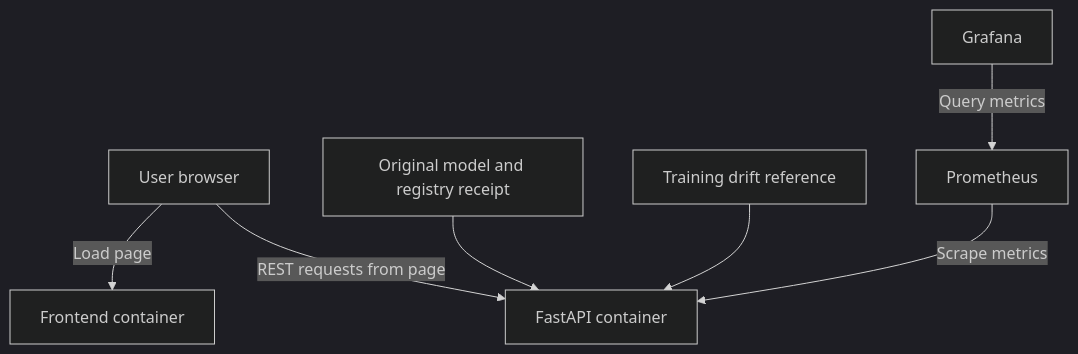
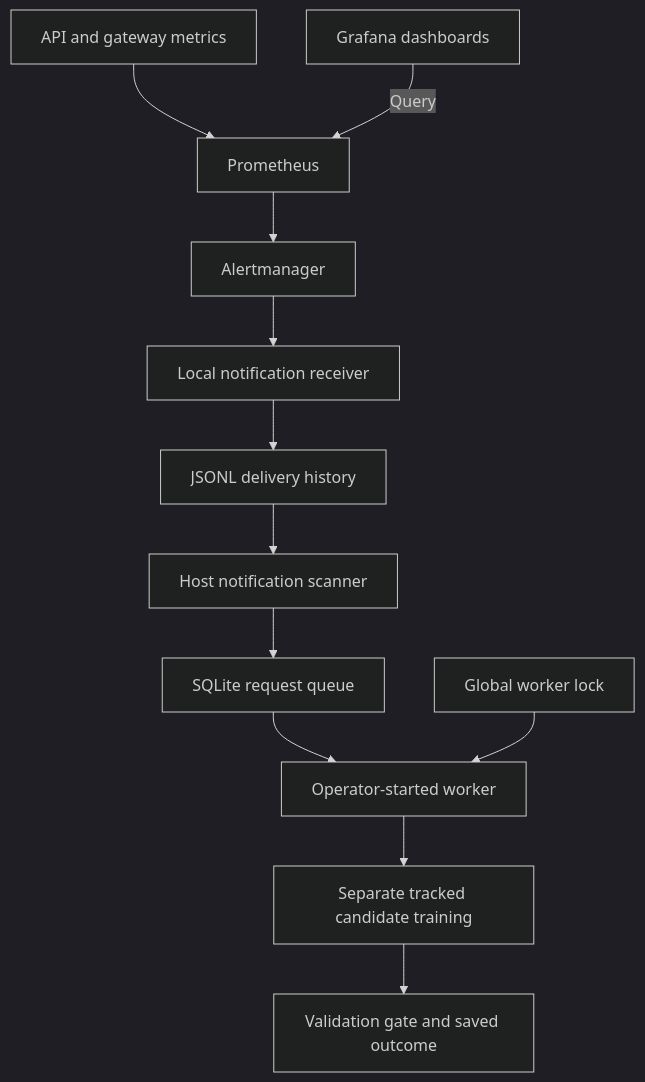
The third of 3 diagrams in docs/architecture.md (VedaVachan/FraudShield), drawn with Mermaid (dark theme) before and after one commit. The commit also changed other lines of this file and 6 other files, not shown here.

Commit message:
Update architecture and add testing and operating documentation

````diff
--- a/docs/architecture.md
+++ b/docs/architecture.md
@@ -30,9 +80,14 @@
 ```mermaid
 flowchart TD
-    U["User browser"] -->|"Load page"| F["Frontend container"]
-    U -->|"REST requests from page"| A["FastAPI container"]
-    M["Original model and registry receipt"] --> A
-    R["Training drift reference"] --> A
-    P["Prometheus"] -->|"Scrape metrics"| A
-    G["Grafana"] -->|"Query metrics"| P
+    A["API and gateway metrics"] --> P["Prometheus"]
+    G["Grafana dashboards"] -->|"Query"| P
+    P --> M["Alertmanager"]
+    M --> R["Local notification receiver"]
+    R --> H["JSONL delivery history"]
+    H --> S["Host notification scanner"]
+    S --> Q["SQLite request queue"]
+    Q --> W["Operator-started worker"]
+    L["Global worker lock"] --> W
+    W --> T["Separate tracked candidate training"]
+    T --> V["Validation gate and saved outcome"]
 ```
````
